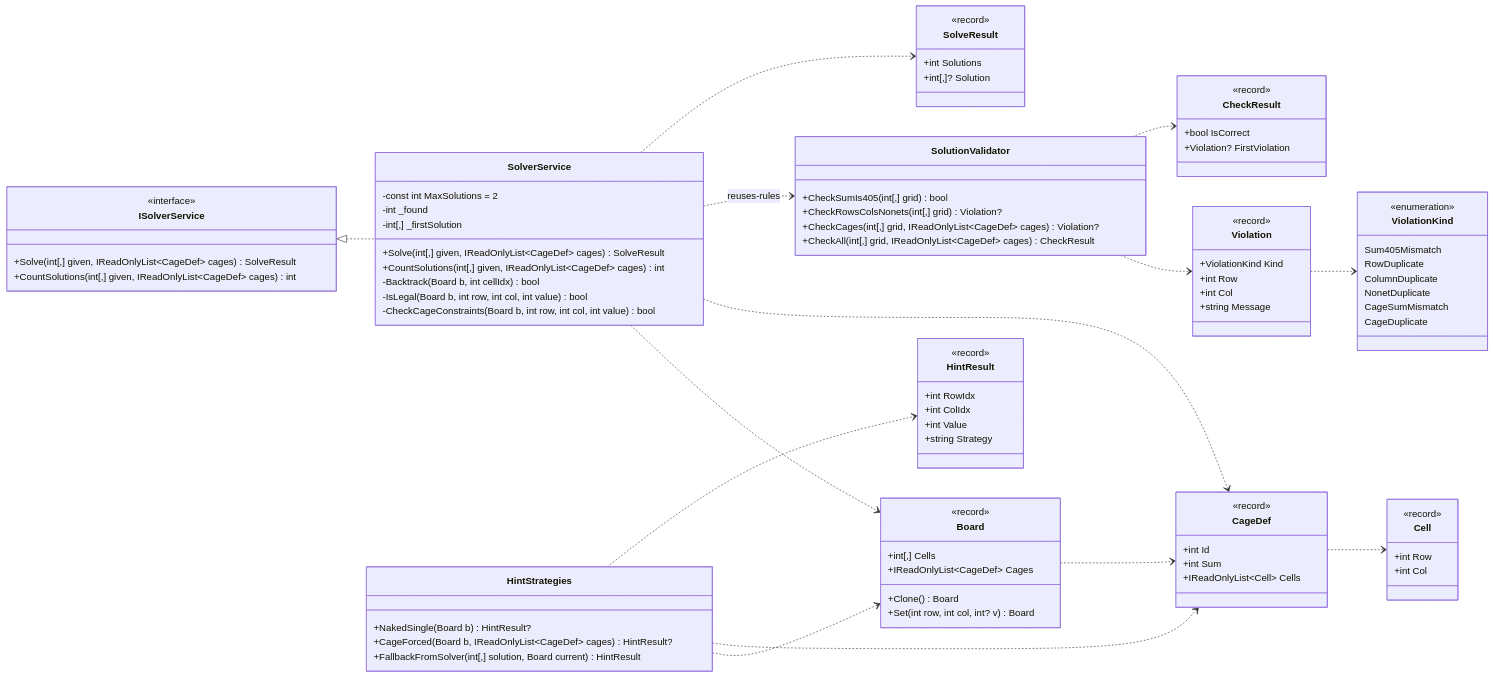
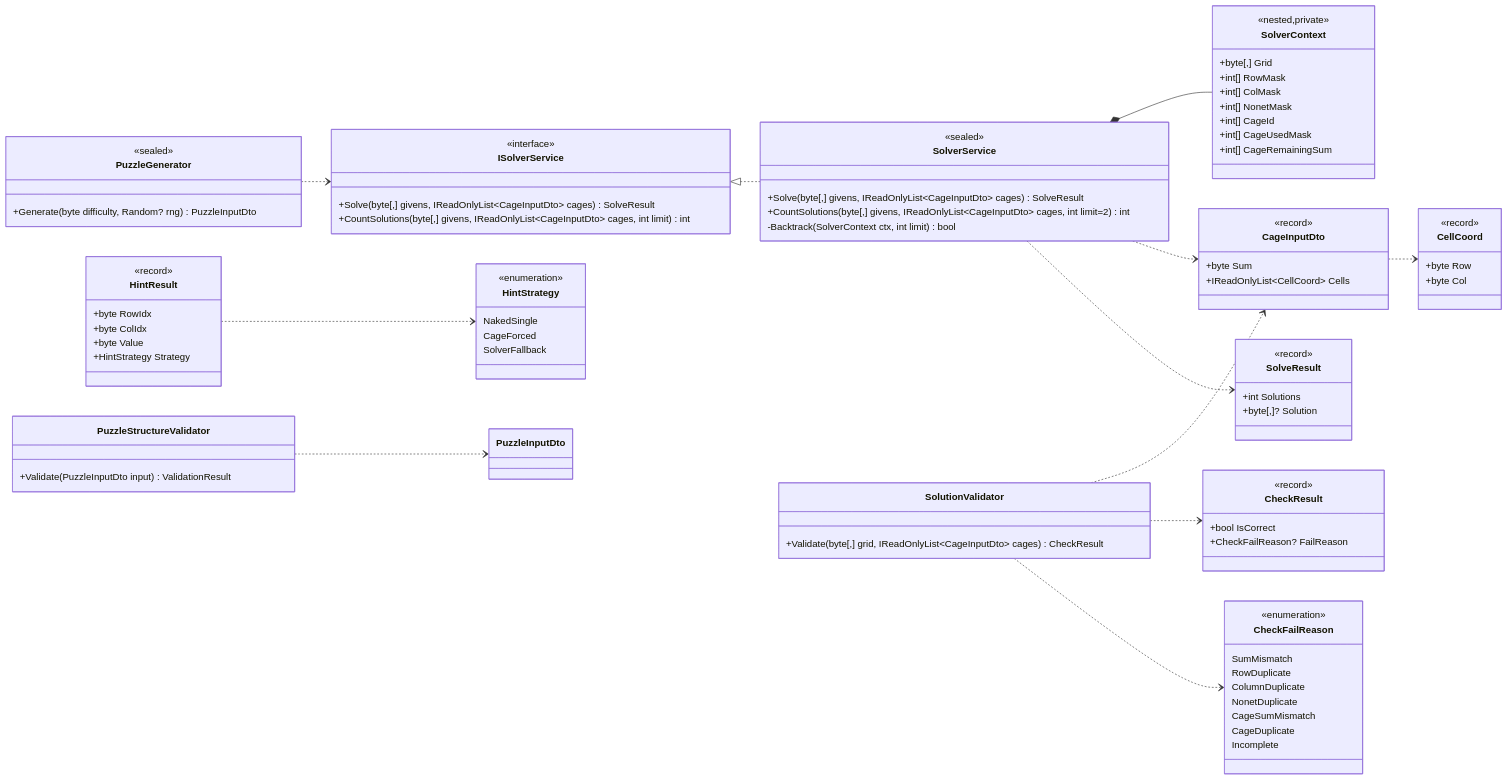
The second of 7 diagrams in docs/class-diagram.md (Tim-Fischer-zh/skillsbattle), drawn with Mermaid before and after one commit. The commit also changed other lines of this file and 7 other files, not shown here.

````diff
--- a/docs/class-diagram.md
+++ b/docs/class-diagram.md
@@ -232,104 +236,100 @@
 
     class ISolverService {
         <<interface>>
-        +Solve(int[,] given, IReadOnlyList~CageDef~ cages) SolveResult
-        +CountSolutions(int[,] given, IReadOnlyList~CageDef~ cages) int
+        +Solve(byte[,] givens, IReadOnlyList~CageInputDto~ cages) SolveResult
+        +CountSolutions(byte[,] givens, IReadOnlyList~CageInputDto~ cages, int limit) int
     }
 
     class SolverService {
-        -const int MaxSolutions = 2
-        -int _found
-        -int[,] _firstSolution
-        +Solve(int[,] given, IReadOnlyList~CageDef~ cages) SolveResult
-        +CountSolutions(int[,] given, IReadOnlyList~CageDef~ cages) int
-        -Backtrack(Board b, int cellIdx) bool
-        -IsLegal(Board b, int row, int col, int value) bool
-        -CheckCageConstraints(Board b, int row, int col, int value) bool
+        <<sealed>>
+        +Solve(byte[,] givens, IReadOnlyList~CageInputDto~ cages) SolveResult
+        +CountSolutions(byte[,] givens, IReadOnlyList~CageInputDto~ cages, int limit=2) int
+        -Backtrack(SolverContext ctx, int limit) bool
+    }
+
+    class SolverContext {
+        <<nested,private>>
+        +byte[,] Grid
+        +int[] RowMask
+        +int[] ColMask
+        +int[] NonetMask
+        +int[] CageId
+        +int[] CageUsedMask
+        +int[] CageRemainingSum
     }
 
     class SolutionValidator {
-        +CheckSumIs405(int[,] grid) bool
-        +CheckRowsColsNonets(int[,] grid) Violation?
-        +CheckCages(int[,] grid, IReadOnlyList~CageDef~ cages) Violation?
-        +CheckAll(int[,] grid, IReadOnlyList~CageDef~ cages) CheckResult
+        +Validate(byte[,] grid, IReadOnlyList~CageInputDto~ cages) CheckResult
     }
 
-    class HintStrategies {
-        +NakedSingle(Board b) HintResult?
-        +CageForced(Board b, IReadOnlyList~CageDef~ cages) HintResult?
-        +FallbackFromSolver(int[,] solution, Board current) HintResult
+    class PuzzleStructureValidator {
+        +Validate(PuzzleInputDto input) ValidationResult
     }
 
-    class Board {
-        <<record>>
-        +int[,] Cells
-        +IReadOnlyList~CageDef~ Cages
-        +Clone() Board
-        +Set(int row, int col, int? v) Board
+    class PuzzleGenerator {
+        <<sealed>>
+        +Generate(byte difficulty, Random? rng) PuzzleInputDto
     }
 
-    class CageDef {
+    class CageInputDto {
         <<record>>
-        +int Id
-        +int Sum
-        +IReadOnlyList~Cell~ Cells
+        +byte Sum
+        +IReadOnlyList~CellCoord~ Cells
     }
 
-    class Cell {
+    class CellCoord {
         <<record>>
-        +int Row
-        +int Col
+        +byte Row
+        +byte Col
     }
 
-    class Violation {
-        <<record>>
-        +ViolationKind Kind
-        +int Row
-        +int Col
-        +string Message
-    }
-
-    class ViolationKind {
+    class CheckFailReason {
         <<enumeration>>
-        Sum405Mismatch
+        SumMismatch
         RowDuplicate
         ColumnDuplicate
         NonetDuplicate
         CageSumMismatch
         CageDuplicate
+        Incomplete
     }
 
     class SolveResult {
         <<record>>
         +int Solutions
-        +int[,]? Solution
+        +byte[,]? Solution
     }
 
     class HintResult {
         <<record>>
-        +int RowIdx
-        +int ColIdx
-        +int Value
-        +string Strategy
+        +byte RowIdx
+        +byte ColIdx
+        +byte Value
+        +HintStrategy Strategy
+    }
+
+    class HintStrategy {
+        <<enumeration>>
+        NakedSingle
+        CageForced
+        SolverFallback
     }
 
     class CheckResult {
         <<record>>
         +bool IsCorrect
-        +Violation? FirstViolation
+        +CheckFailReason? FailReason
     }
 
     ISolverService <|.. SolverService
-    SolverService ..> Board
-    SolverService ..> CageDef
-    SolverService ..> SolutionValidator : reuses-rules
+    SolverService *-- SolverContext
+    SolverService ..> CageInputDto
     SolverService ..> SolveResult
-    SolutionValidator ..> Violation
+    SolutionValidator ..> CageInputDto
     SolutionValidator ..> CheckResult
-    HintStrategies ..> Board
-    HintStrategies ..> CageDef
-    HintStrategies ..> HintResult
-    Board ..> CageDef
-    CageDef ..> Cell
-    Violation ..> ViolationKind
+    SolutionValidator ..> CheckFailReason
+    PuzzleStructureValidator ..> PuzzleInputDto
+    PuzzleGenerator ..> ISolverService
+    HintResult ..> HintStrategy
+    CageInputDto ..> CellCoord
 ```
````
